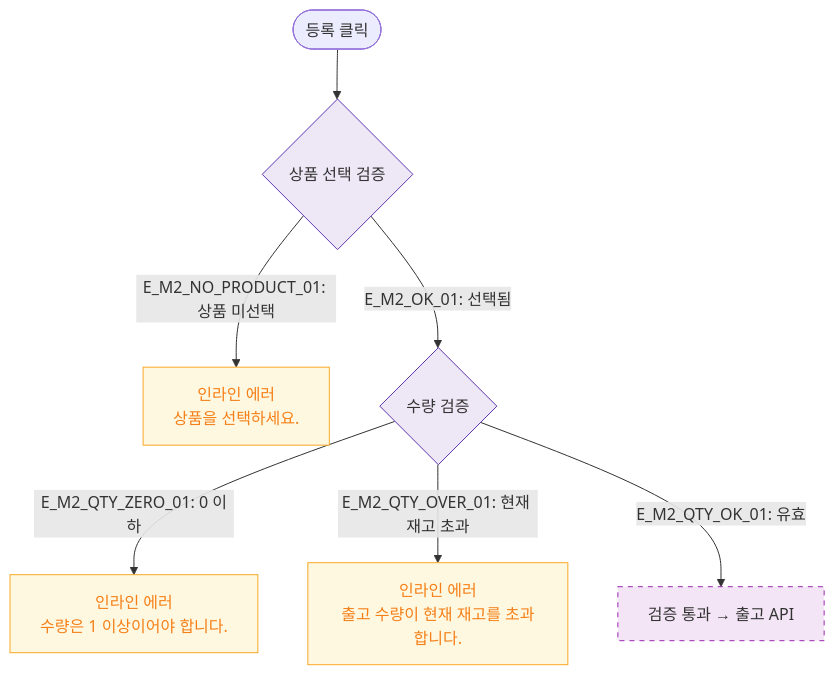
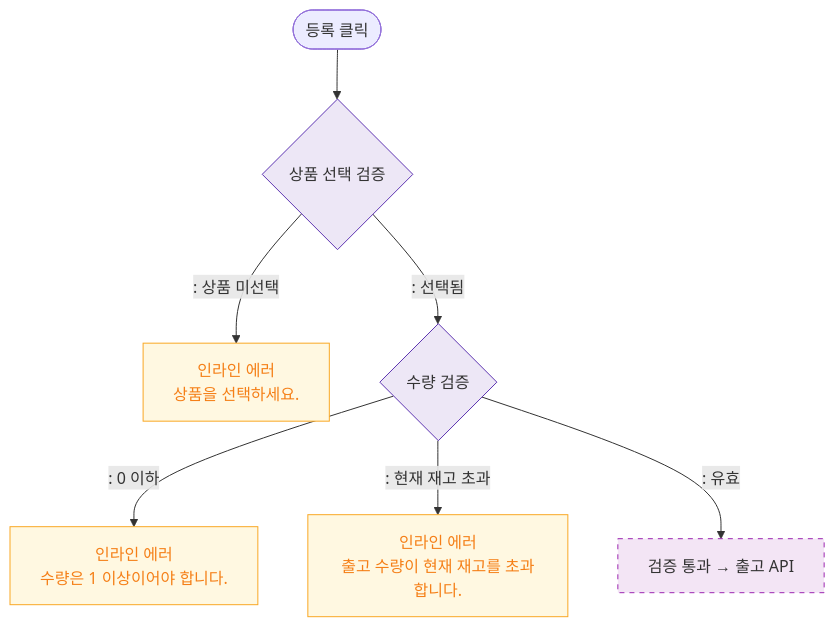
One commit to dev-spogym/admin-pando changed the diagram in docs/다이어그램/D05_상품관리/DLG/DLG-P013_출고등록/M2_필드검증.md. Above: the diagram before and after it, drawn with Mermaid. The commit also changed other lines of this file and 1660 other files, not shown here.

First line of the commit message:
다이어그램: 기획자/클라이언트 납품본으로 정리

````diff
--- a/docs/다이어그램/D05_상품관리/DLG/DLG-P013_출고등록/M2_필드검증.md
+++ b/docs/다이어그램/D05_상품관리/DLG/DLG-P013_출고등록/M2_필드검증.md
@@ -16,17 +14,17 @@
 ```mermaid
 flowchart TD
     SUBMIT([등록 클릭]) --> V1{상품 선택 검증}
-    V1 -->|"E_M2_NO_PRODUCT_01: 상품 미선택"| ErrProduct[인라인 에러\n상품을 선택하세요.]
-    V1 -->|"E_M2_OK_01: 선택됨"| V2{수량 검증}
+    V1 -->|": 상품 미선택"|ErrProduct[인라인 에러\n상품을 선택하세요.]
+    V1 -->|": 선택됨"|V2{수량 검증}
 
-    V2 -->|"E_M2_QTY_ZERO_01: 0 이하"| ErrZero[인라인 에러\n수량은 1 이상이어야 합니다.]
-    V2 -->|"E_M2_QTY_OVER_01: 현재 재고 초과"| ErrOver[인라인 에러\n출고 수량이 현재 재고를 초과합니다.]
-    V2 -->|"E_M2_QTY_OK_01: 유효"| Pass[검증 통과 → 출고 API]
+    V2 -->|": 0 이하"|ErrZero[인라인 에러\n수량은 1 이상이어야 합니다.]
+    V2 -->|": 현재 재고 초과"|ErrOver[인라인 에러\n출고 수량이 현재 재고를 초과합니다.]
+    V2 -->|": 유효"|Pass[검증 통과 → 출고 API]
 
     classDef newFeature fill:#F3E5F5,stroke:#9C27B0,stroke-dasharray:5 5
     classDef warning fill:#FFF8E1,stroke:#F9A825,color:#F57F17
     classDef system fill:#EDE7F6,stroke:#5E35B2
     class Pass newFeature
     class ErrProduct,ErrZero,ErrOver warning
     class V1,V2 system
 ```
````
